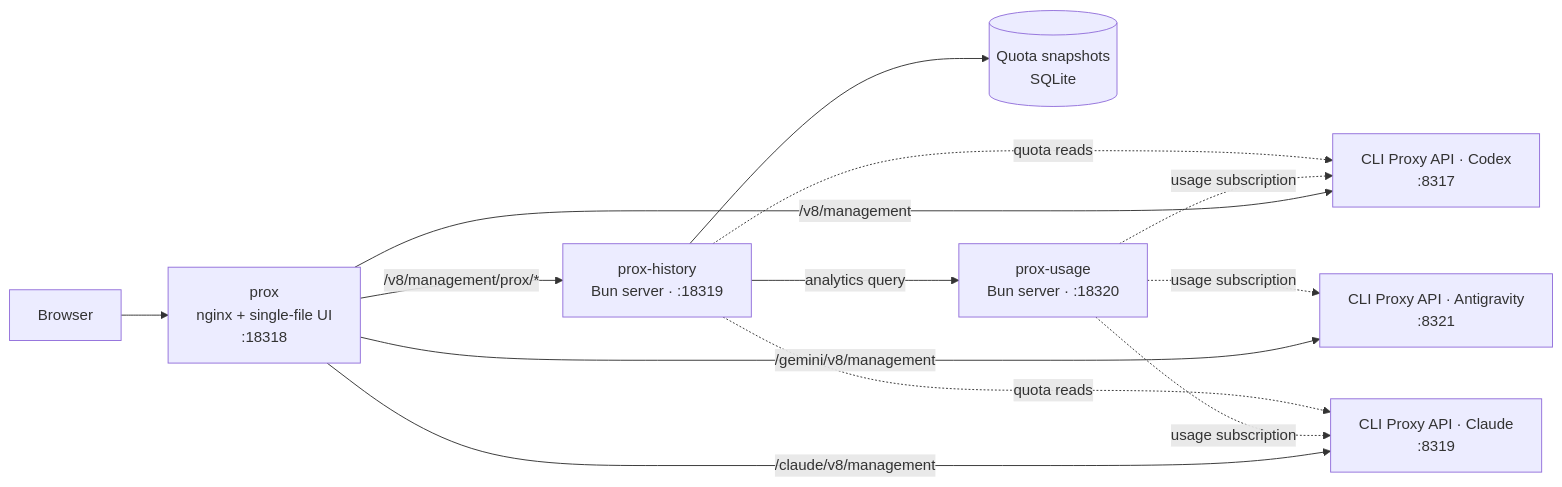
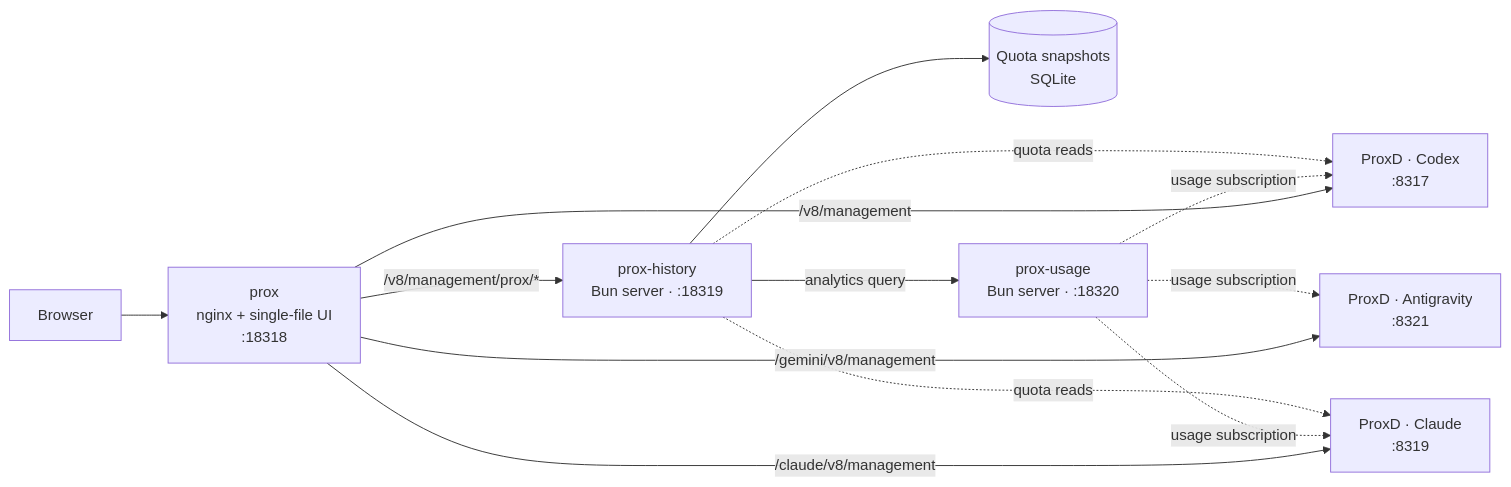
The diagram in README.md (router-for-me/Cli-Proxy-API-Management-Center), drawn with Mermaid before and after one commit. The commit also changed other lines of this file and 12 other files, not shown here.

````diff
--- a/README.md
+++ b/README.md
@@ -71,12 +71,12 @@
 ```mermaid
 flowchart LR
   B[Browser] --> P["prox<br/>nginx + single-file UI<br/>:18318"]
-  P -->|"/v8/management"| X["CLI Proxy API · Codex<br/>:8317"]
-  P -->|"/claude/v8/management"| C["CLI Proxy API · Claude<br/>:8319"]
-  P -->|"/gemini/v8/management"| G["CLI Proxy API · Antigravity<br/>:8321"]
+  P -->|"/v8/management"| X["ProxD · Codex<br/>:8317"]
+  P -->|"/claude/v8/management"| C["ProxD · Claude<br/>:8319"]
+  P -->|"/gemini/v8/management"| G["ProxD · Antigravity<br/>:8321"]
   P -->|"/v8/management/prox/*"| H["prox-history<br/>Bun server · :18319"]
   H --> Q[("Quota snapshots<br/>SQLite")]
   H -->|"analytics query"| U["prox-usage<br/>Bun server · :18320"]
   U -.->|"usage subscription"| X & C & G
   H -.->|"quota reads"| X & C
 ```
````
